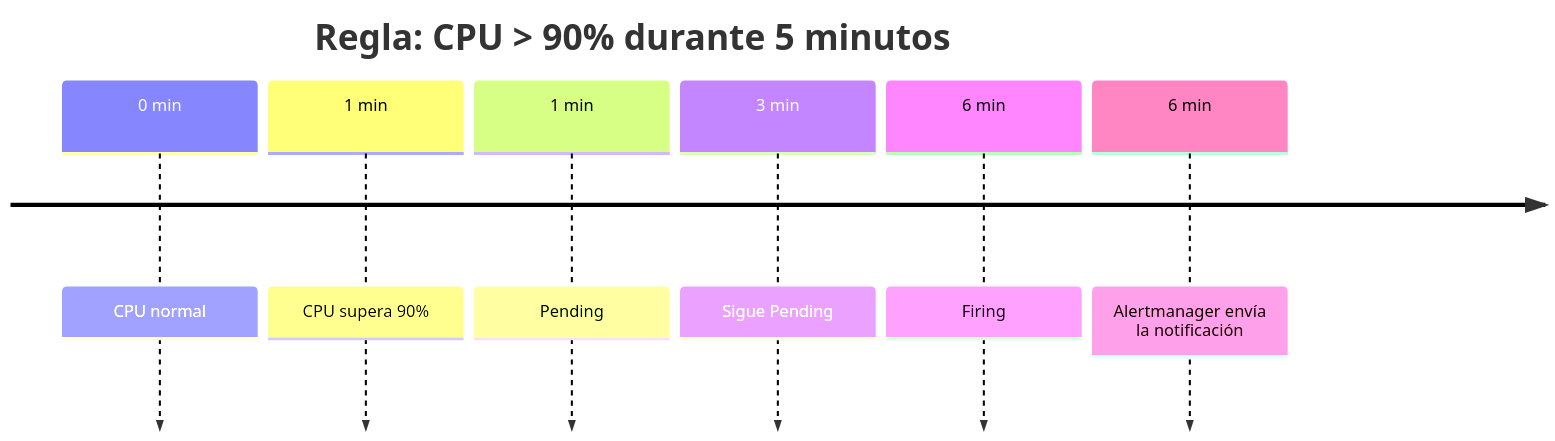
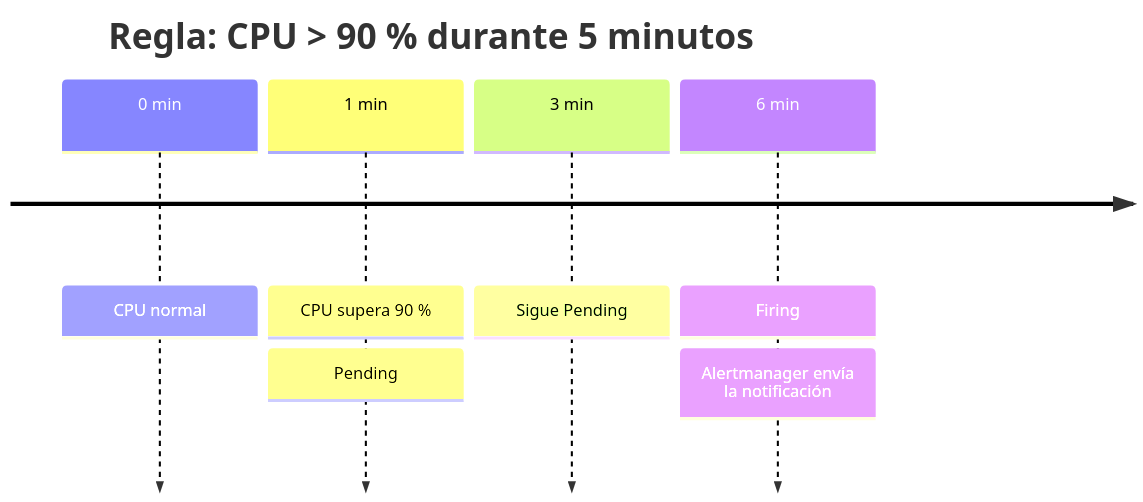
Before and after one commit to ieftraining/curso-openshift: the second of 9 diagrams in docs/sesion3/3.3 Alertas.md, drawn with Mermaid. The commit also changed other lines of this file, not shown here.

````diff
--- a/docs/sesion3/3.3 Alertas.md
+++ b/docs/sesion3/3.3 Alertas.md
@@ -83,13 +75,10 @@
 ```mermaid
 timeline
-    title Regla: CPU > 90% durante 5 minutos
-
+    title Regla: CPU > 90 % durante 5 minutos
     0 min : CPU normal
-    1 min : CPU supera 90%
-    1 min : Pending
-
+    1 min : CPU supera 90 %
+          : Pending
     3 min : Sigue Pending
-
     6 min : Firing
-    6 min : Alertmanager envía la notificación
+          : Alertmanager envía la notificación
 ```
````
